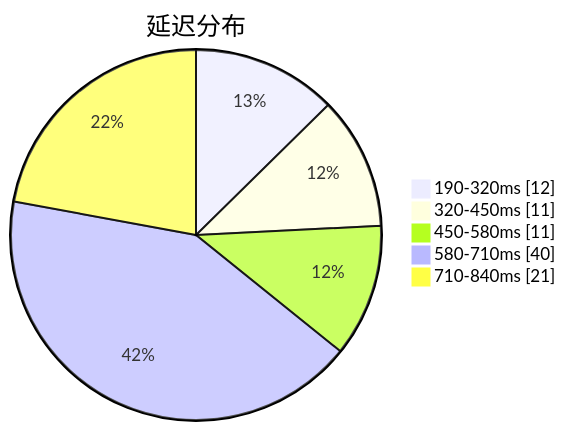
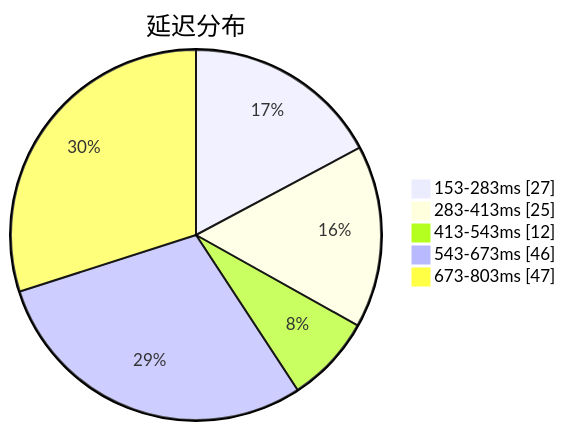
Before and after one commit to qjlxg/airport: the first of 3 diagrams in subs/statistics/tested_within.md, drawn with Mermaid. The commit also changed other lines of this file and 2 other files, not shown here.

````diff
--- a/subs/statistics/tested_within.md
+++ b/subs/statistics/tested_within.md
@@ -2,9 +2,9 @@
 ```mermaid
 pie showData
 title 延迟分布
-"190-320ms" : 12
-"320-450ms" : 11
-"450-580ms" : 11
-"580-710ms" : 40
-"710-840ms" : 21
+"153-283ms" : 27
+"283-413ms" : 25
+"413-543ms" : 12
+"543-673ms" : 46
+"673-803ms" : 47
 ```
````
